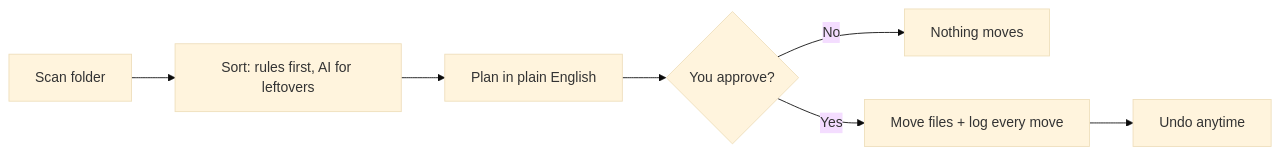
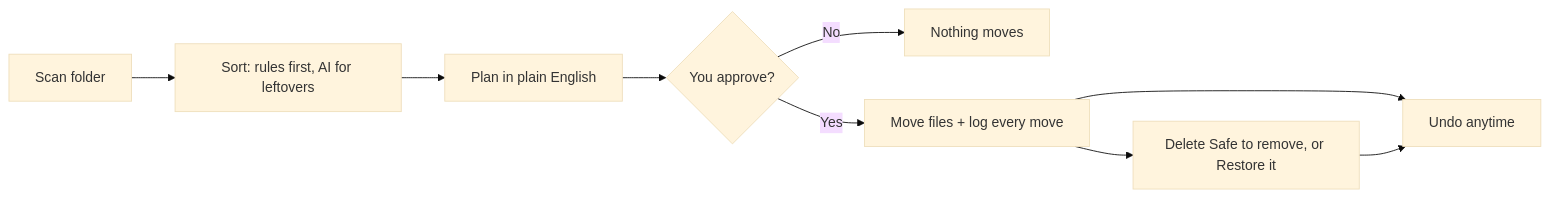
The diagram in README.md (shifamehreen-005/laptop-care-agent), drawn with Mermaid (base theme) before and after one commit. The commit also changed other lines of this file and 15 other files, not shown here.

````diff
--- a/README.md
+++ b/README.md
@@ -17,9 +17,11 @@
 ```mermaid
 flowchart LR
     A[Scan folder] --> B[Sort: rules first, AI for leftovers]
     B --> C[Plan in plain English]
     C --> D{You approve?}
     D -- No --> E[Nothing moves]
     D -- Yes --> F[Move files + log every move]
+    F --> H[Delete Safe to remove, or Restore it]
     F --> G[Undo anytime]
+    H --> G
 ```
````
